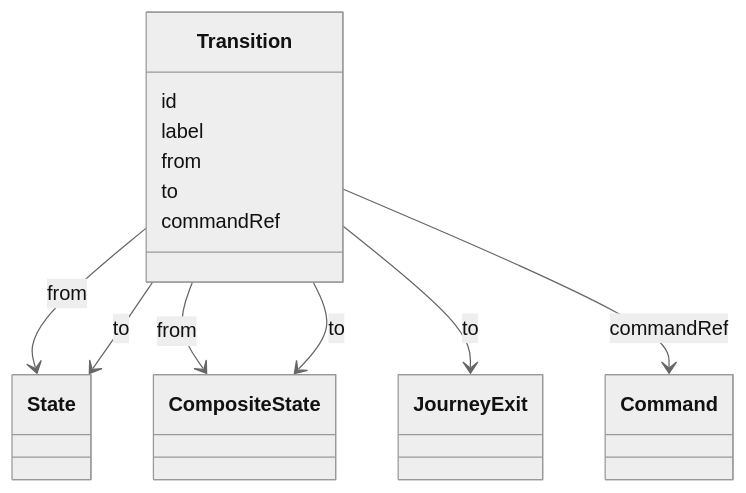
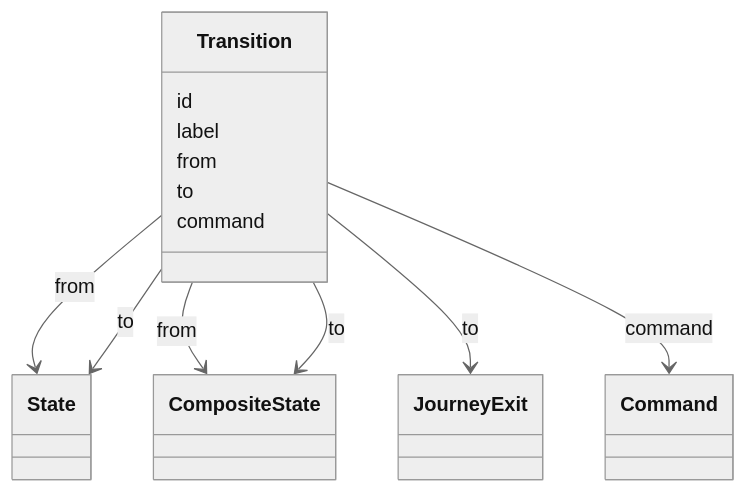
The fifth of 15 diagrams in specs/ed/graph/index.md (openuji/spec-ujg), drawn with Mermaid (neutral theme) before and after one commit. The commit also changed other lines of this file and 370 other files, not shown here.

````diff
--- a/specs/ed/graph/index.md
+++ b/specs/ed/graph/index.md
@@ -429,22 +329,22 @@
 ```mermaid
 classDiagram
   class State
   class CompositeState
   class JourneyExit
   class Command
 
   class Transition {
     id
     label
     from
     to
-    commandRef
+    command
   }
 
   Transition --> State : from
   Transition --> CompositeState : from
   Transition --> State : to
   Transition --> CompositeState : to
   Transition --> JourneyExit : to
-  Transition --> Command : commandRef
+  Transition --> Command : command
 ```
````
